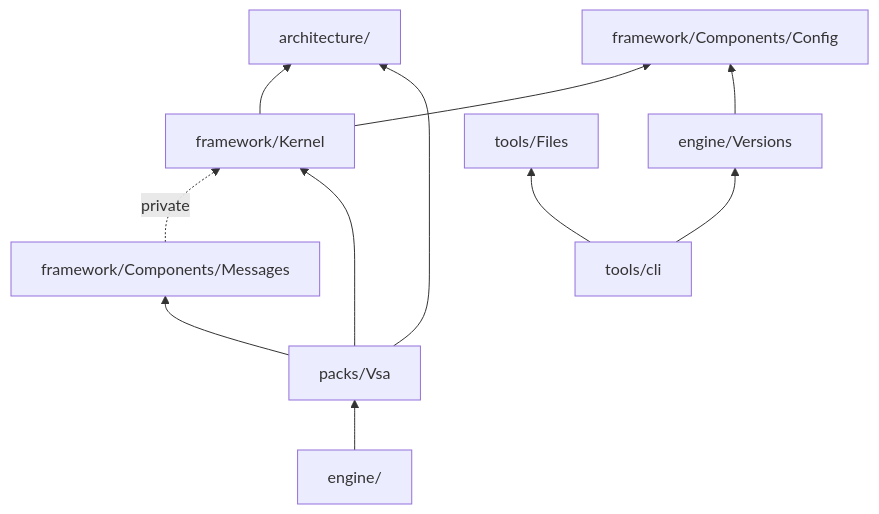
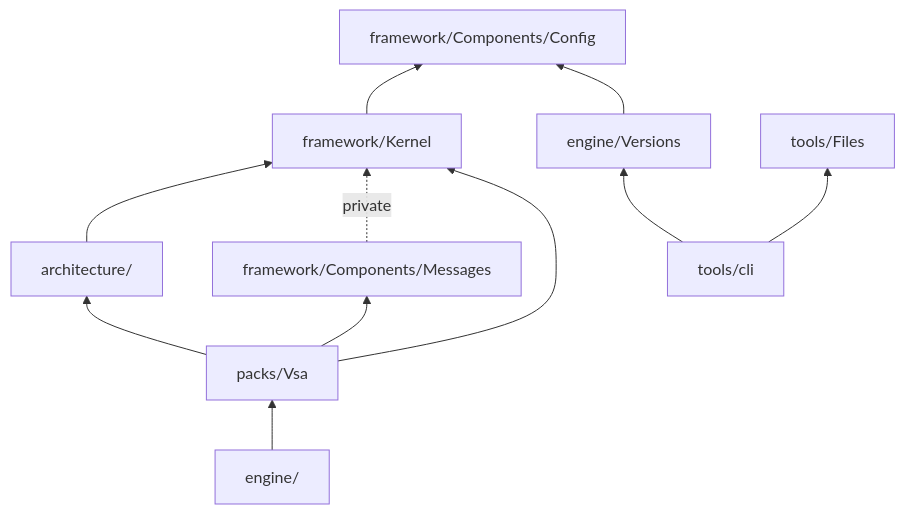
One commit to MgCohen/vsa-template changed the diagram in docs/framework-layout.md. Above: the diagram before and after it, drawn with Mermaid. The commit also changed other lines of this file and 28 other files, not shown here.

````diff
--- a/docs/framework-layout.md
+++ b/docs/framework-layout.md
@@ -17,13 +17,13 @@
 ```mermaid
 flowchart BT
-    Kernel["framework/Kernel"] --> Architecture["architecture/"]
+    Architecture["architecture/"] --> Kernel["framework/Kernel"]
     Messages["framework/Components/Messages"] -. private .-> Kernel
     Kernel --> Config["framework/Components/Config"]
     Versions --> Config
     Vsa["packs/Vsa"] --> Kernel
     Vsa --> Messages
     Vsa --> Architecture
     Engine["engine/"] --> Vsa
     Cli["tools/cli"] --> Versions["engine/Versions"]
     Cli --> Files["tools/Files"]
 ```
````
